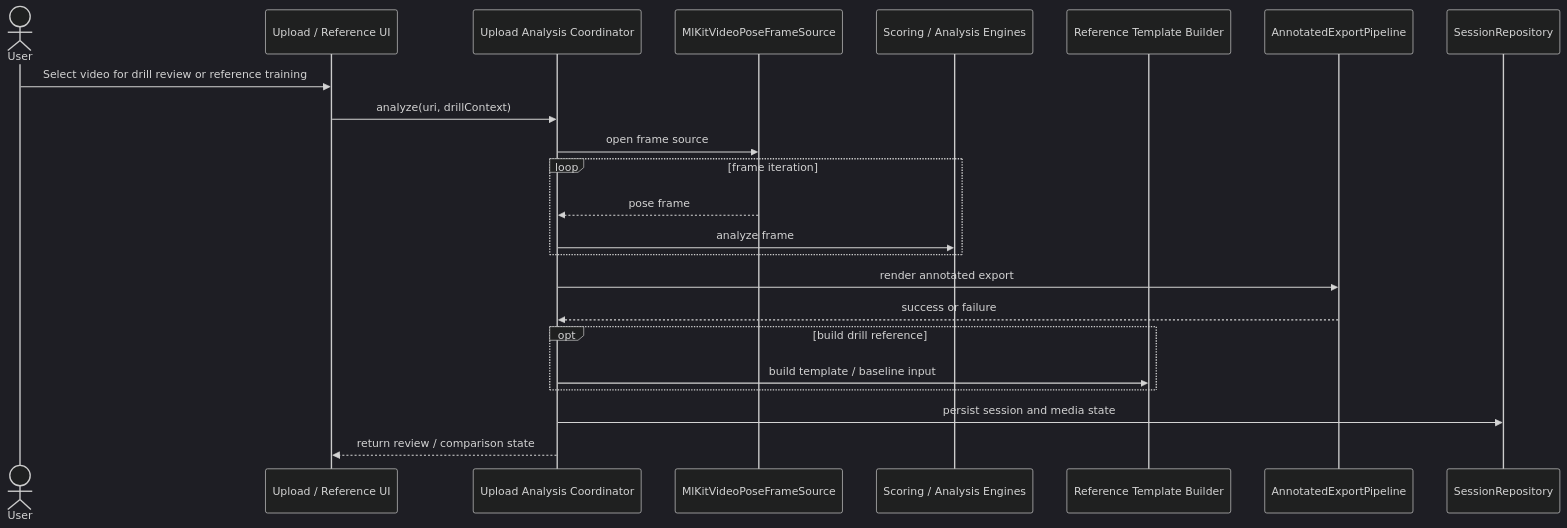
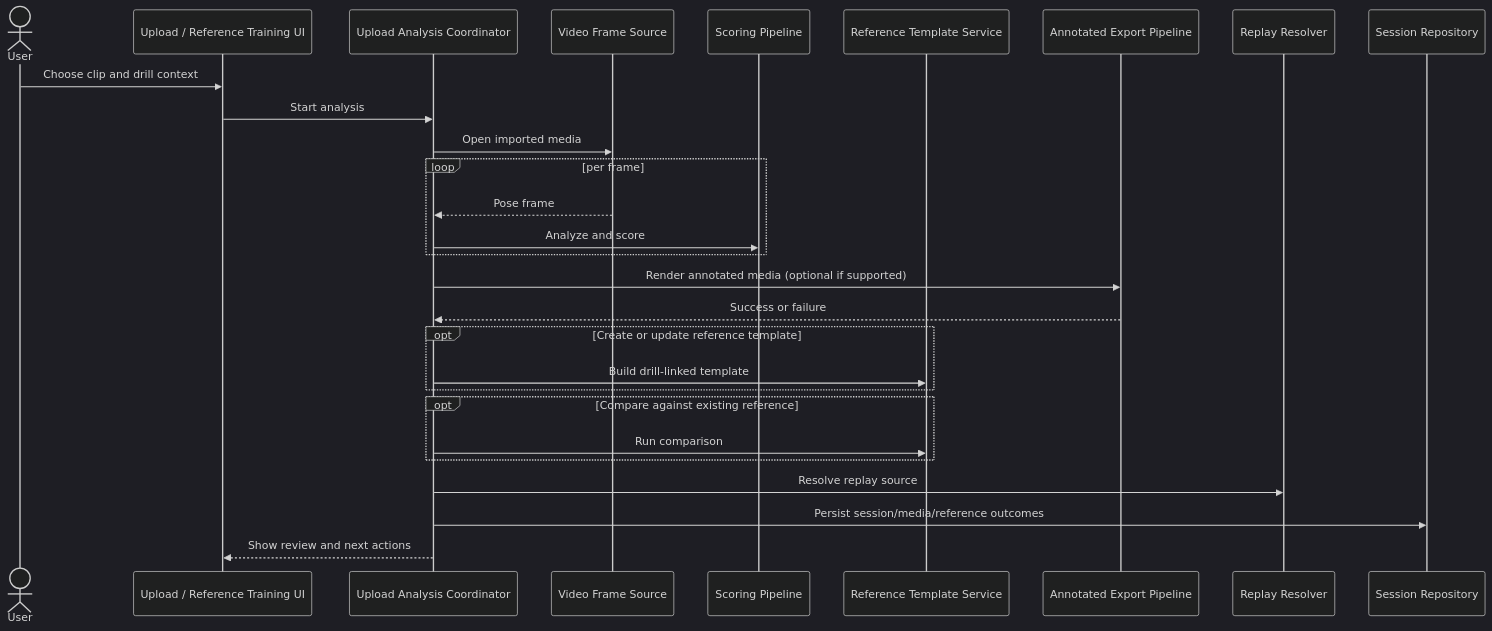
Before and after one commit to Voycepeh/CaliVision: the diagram in docs/diagrams/sequence-import-analysis.md, drawn with Mermaid (dark theme). The commit also changed other lines of this file and 23 other files, not shown here.

Commit message:
docs: realign repo docs and diagrams with current drill-centric workflows

````diff
--- a/docs/diagrams/sequence-import-analysis.md
+++ b/docs/diagrams/sequence-import-analysis.md
@@ -3,26 +3,31 @@
 ```mermaid
 sequenceDiagram
     actor User
-    participant UI as Upload / Reference UI
+    participant UI as Upload / Reference Training UI
     participant COORD as Upload Analysis Coordinator
-    participant SRC as MlKitVideoPoseFrameSource
-    participant SCORE as Scoring / Analysis Engines
-    participant REF as Reference Template Builder
-    participant EXP as AnnotatedExportPipeline
-    participant REPO as SessionRepository
+    participant SRC as Video Frame Source
+    participant SCORE as Scoring Pipeline
+    participant REF as Reference Template Service
+    participant EXP as Annotated Export Pipeline
+    participant RES as Replay Resolver
+    participant REPO as Session Repository
 
-    User->>UI: Select video for drill review or reference training
-    UI->>COORD: analyze(uri, drillContext)
-    COORD->>SRC: open frame source
-    loop frame iteration
-      SRC-->>COORD: pose frame
-      COORD->>SCORE: analyze frame
+    User->>UI: Choose clip and drill context
+    UI->>COORD: Start analysis
+    COORD->>SRC: Open imported media
+    loop per frame
+      SRC-->>COORD: Pose frame
+      COORD->>SCORE: Analyze and score
     end
-    COORD->>EXP: render annotated export
-    EXP-->>COORD: success or failure
-    opt build drill reference
-      COORD->>REF: build template / baseline input
+    COORD->>EXP: Render annotated media (optional if supported)
+    EXP-->>COORD: Success or failure
+    opt Create or update reference template
+      COORD->>REF: Build drill-linked template
     end
-    COORD->>REPO: persist session and media state
-    COORD-->>UI: return review / comparison state
+    opt Compare against existing reference
+      COORD->>REF: Run comparison
+    end
+    COORD->>RES: Resolve replay source
+    COORD->>REPO: Persist session/media/reference outcomes
+    COORD-->>UI: Show review and next actions
 ```
````
